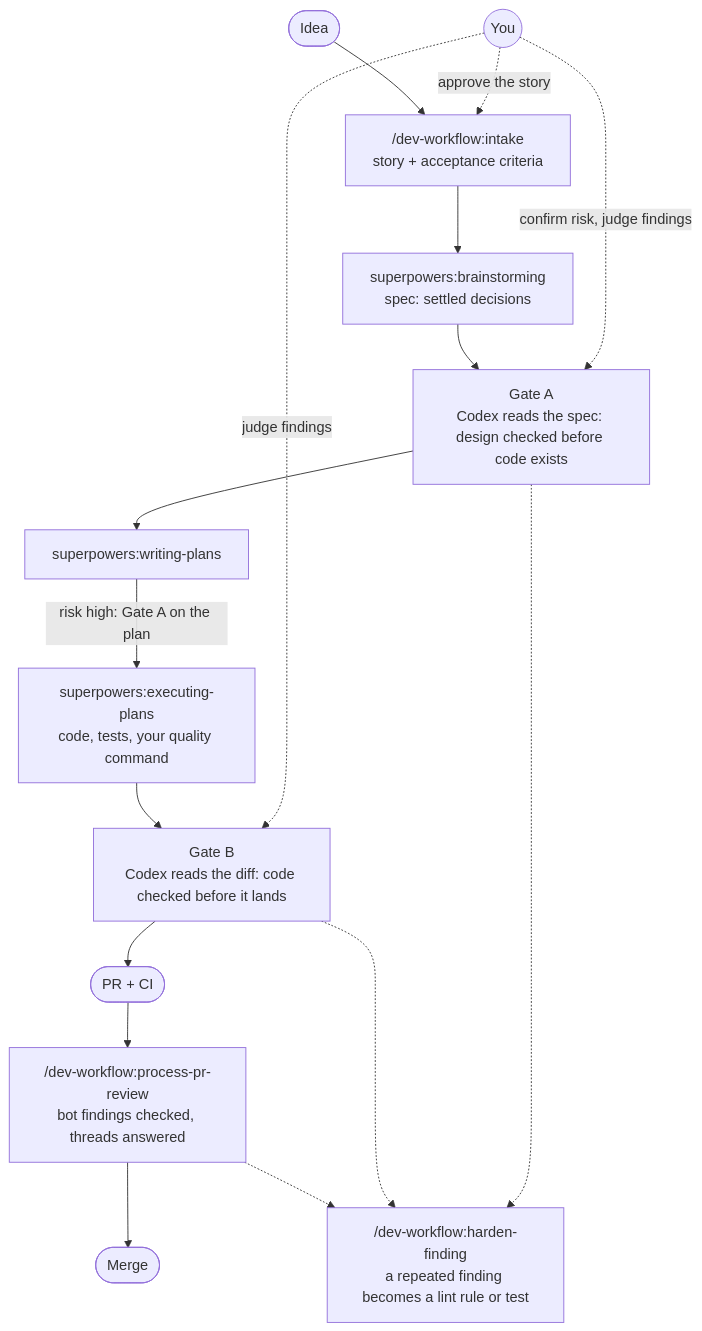
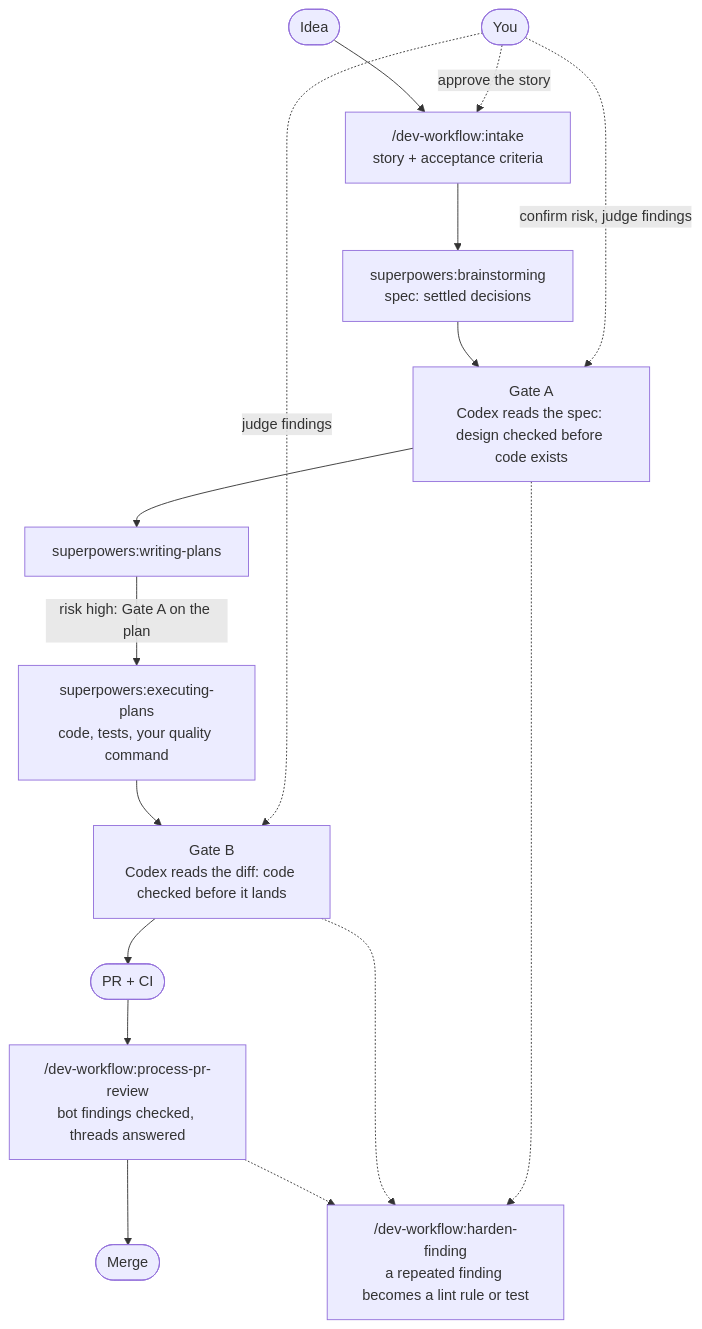
One commit to dsnger/dev-workflow-kit changed the diagram in README.md. Above: the diagram before and after it, drawn with Mermaid.

Commit message:
docs: README diagram, smaller You node
Gate B skipped: docs-only commit (README.md only; .claude/review-gates.md
docs-only rule). No story cited (unprofiled judgement call).
Battery: sh scripts/check-doc-links.sh ok on this tree; the full quality row
ran with exit 0 earlier on this branch and no file it reads changed here.

````diff
--- a/README.md
+++ b/README.md
@@ -6,15 +6,15 @@
 ```mermaid
 flowchart TB
-  you((You)) -. approve the story .-> intake
+  you([You]) -. approve the story .-> intake
   you -. confirm risk, judge findings .-> gateA
   you -. judge findings .-> gateB
   idea([Idea]) --> intake["/dev-workflow:intake<br>story + acceptance criteria"]
   intake --> spec["superpowers:brainstorming<br>spec: settled decisions"]
   spec --> gateA["Gate A<br>Codex reads the spec: design checked before code exists"]
   gateA --> plan["superpowers:writing-plans"]
   plan -- "risk high: Gate A on the plan" --> build["superpowers:executing-plans<br>code, tests, your quality command"]
   build --> gateB["Gate B<br>Codex reads the diff: code checked before it lands"]
   gateB --> pr([PR + CI]) --> bots["/dev-workflow:process-pr-review<br>bot findings checked, threads answered"]
   bots --> merge([Merge])
   gateA & gateB & bots -.-> harden["/dev-workflow:harden-finding<br>a repeated finding becomes a lint rule or test"]
 ```
````
